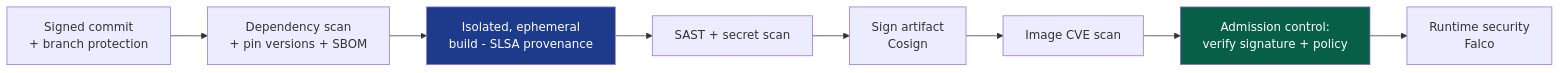
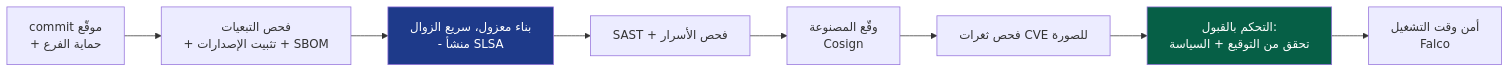
Before and after one commit to ibra-kdbra/banije: the ninth of 11 diagrams in src/content/translate/ar/cloud-native-and-supply-chain-security-in-depth.md, drawn with Mermaid. The commit also changed other lines of this file and 33 other files, not shown here.

````diff
--- a/src/content/translate/ar/cloud-native-and-supply-chain-security-in-depth.md
+++ b/src/content/translate/ar/cloud-native-and-supply-chain-security-in-depth.md
@@ -246,12 +246,12 @@
 ```mermaid
 flowchart LR
-    SRC[Signed commit<br/>+ branch protection] --> DEP[Dependency scan<br/>+ pin versions + SBOM]
-    DEP --> BUILD[Isolated, ephemeral<br/>build - SLSA provenance]
-    BUILD --> SAST[SAST + secret scan]
-    SAST --> ART[Sign artifact<br/>Cosign]
-    ART --> IMGSCAN[Image CVE scan]
-    IMGSCAN --> ADMIT[Admission control:<br/>verify signature + policy]
-    ADMIT --> RUN[Runtime security<br/>Falco]
+    SRC["commit موقّع<br/>+ حماية الفرع"] --> DEP["فحص التبعيات<br/>+ تثبيت الإصدارات + SBOM"]
+    DEP --> BUILD["بناء معزول، سريع الزوال<br/>- منشأ SLSA"]
+    BUILD --> SAST["SAST + فحص الأسرار"]
+    SAST --> ART["وقّع المصنوعة<br/>Cosign"]
+    ART --> IMGSCAN["فحص ثغرات CVE للصورة"]
+    IMGSCAN --> ADMIT["التحكم بالقبول:<br/>تحقق من التوقيع + السياسة"]
+    ADMIT --> RUN["أمن وقت التشغيل<br/>Falco"]
     style BUILD fill:#1e3a8a,color:#fff
     style ADMIT fill:#065f46,color:#fff
 ```
````
